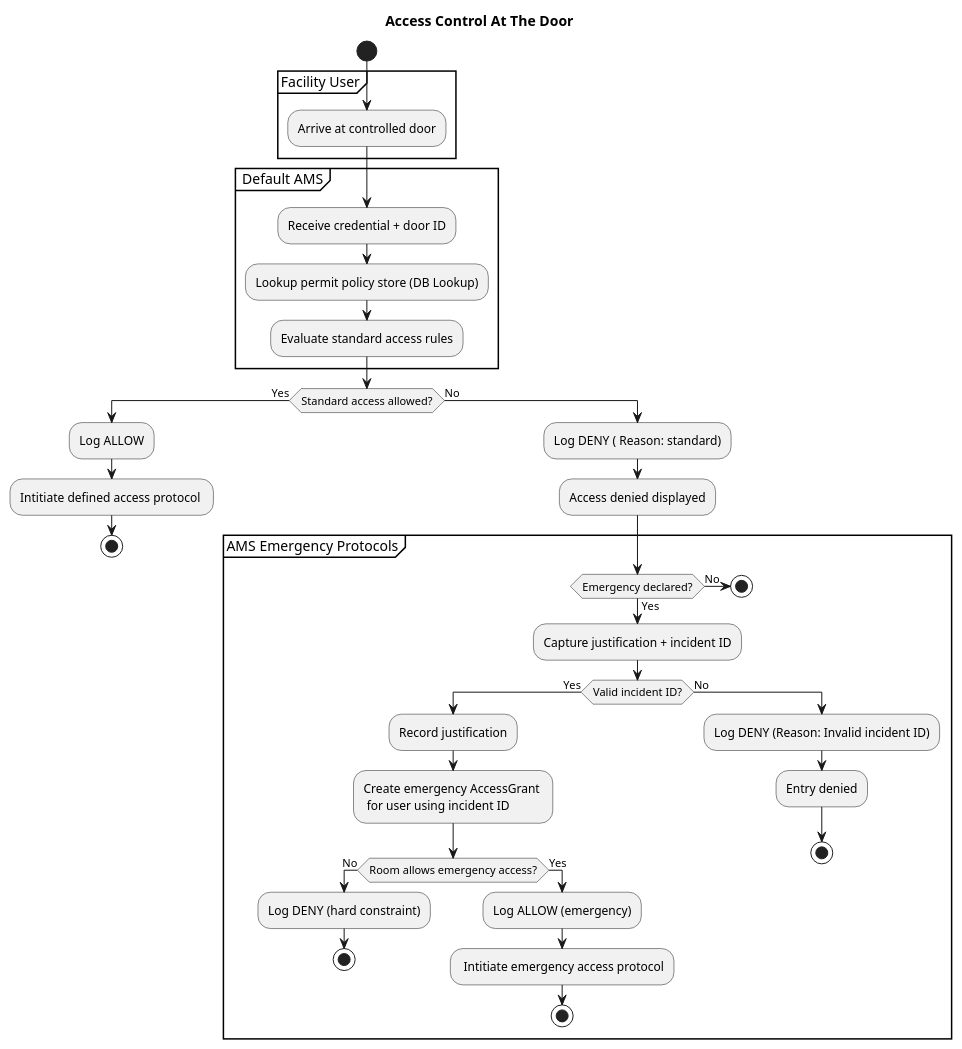
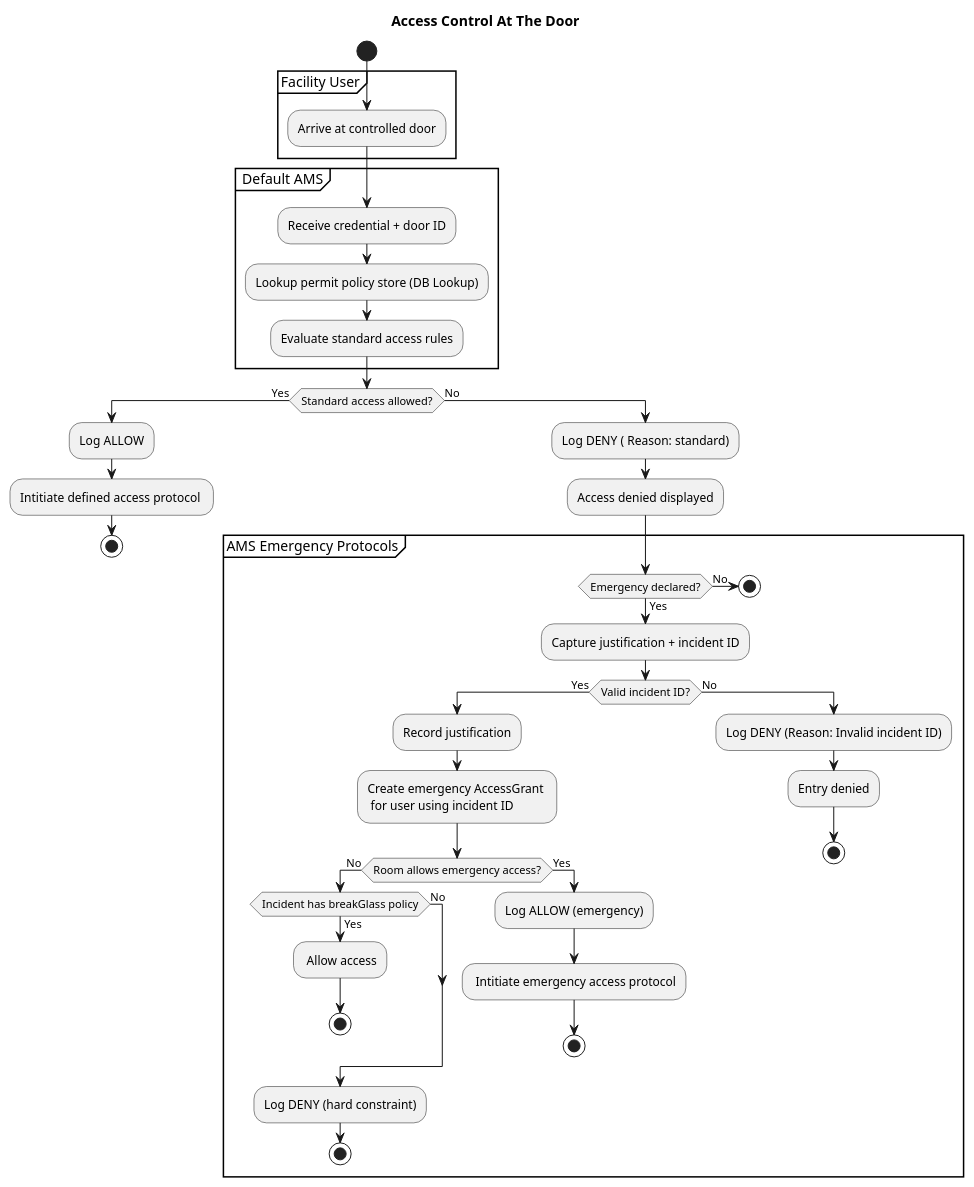
Before and after one commit to AsadYezdan-School/IOT542AccessControl: the diagram in activityDiagram.puml, drawn with PlantUML. The commit also changed 1 other file, not shown here.

Commit message:
updates to include break glass policy

```diff
--- a/activityDiagram.puml
+++ b/activityDiagram.puml
@@ -1,57 +1,62 @@
 @startuml
 start
 !pragma useVerticalIf on
 skinparam linetype ortho
 skinparam shadowing false
 
 title Access Control At The Door
 
 partition "Facility User" {
   :Arrive at controlled door;
 }
 
 partition " Default AMS" {
   :Receive credential + door ID;
   :Lookup permit policy store (DB Lookup);
   :Evaluate standard access rules;
 
 }
 
 if (Standard access allowed?) then (Yes)
   :Log ALLOW;
   :Intitiate defined access protocol ;
   stop
 else (No)
   :Log DENY ( Reason: standard);
   :Access denied displayed;
   partition "AMS Emergency Protocols"{
   if (Emergency declared?) then (Yes)
     :Capture justification + incident ID;
 
     if (Valid incident ID?) then (Yes)
       :Record justification;
       :Create emergency AccessGrant \n for user using incident ID;
 
       if (Room allows emergency access?) then (No)
+        if (Incident has breakGlass policy) then (Yes)
+        : Allow access;
+        stop
+        else (No)
+        endif
         :Log DENY (hard constraint);
         stop
       else (Yes)
         :Log ALLOW (emergency);
         : Intitiate emergency access protocol;
         stop
       endif
 
 
     else (No)
       :Log DENY (Reason: Invalid incident ID);
       :Entry denied;
       stop
     endif
 
   else (No)
     stop
   endif
   }
 endif
 
 @enduml
```
